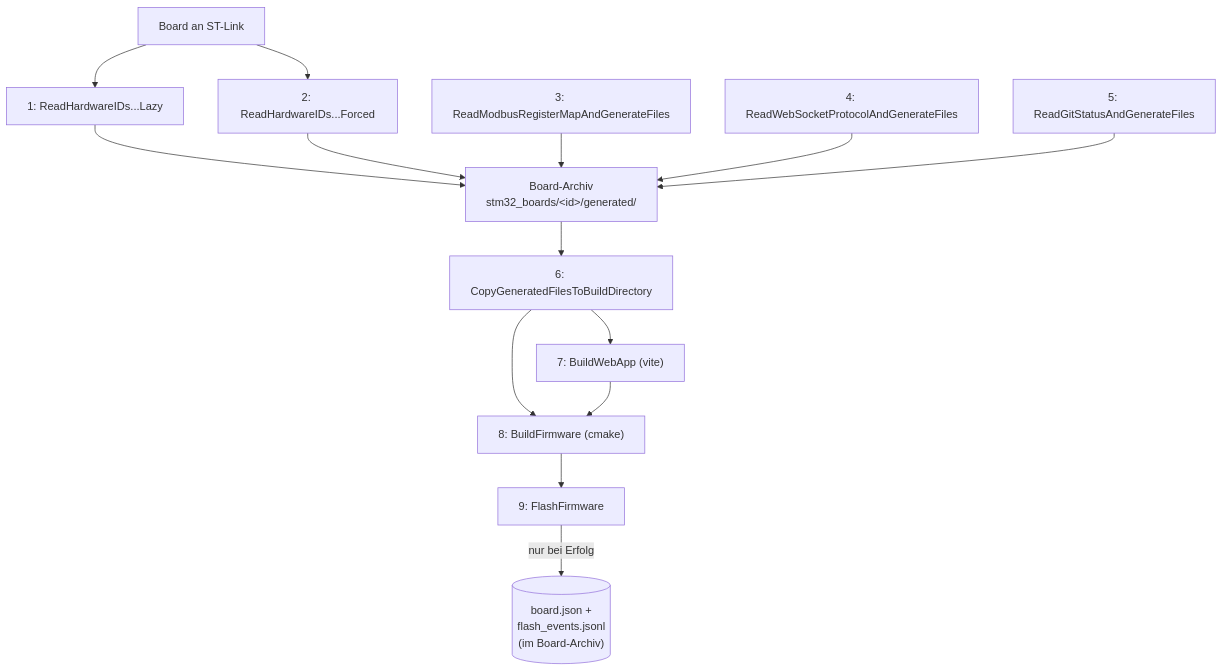
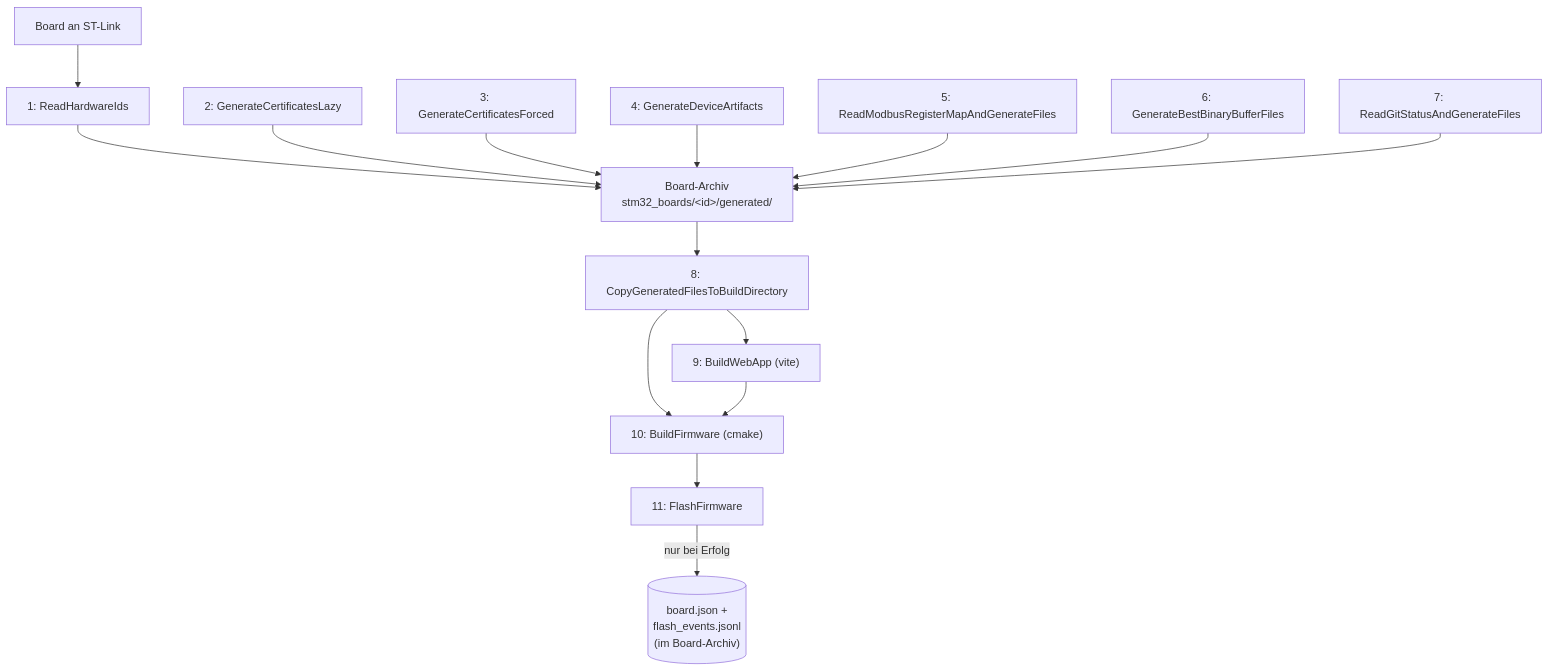
One commit to klaus-liebler/factory_in_a_box changed the diagram in firmware_factory_control_unit/docs/build-process.md. Above: the diagram before and after it, drawn with Mermaid. The commit also changed other lines of this file and 33 other files, not shown here.

````diff
--- a/firmware_factory_control_unit/docs/build-process.md
+++ b/firmware_factory_control_unit/docs/build-process.md
@@ -84,29 +88,32 @@
 ```mermaid
 flowchart TD
     HW["Board an ST-Link"]
-    L1["1: ReadHardwareIDs...Lazy"]
-    L2["2: ReadHardwareIDs...Forced"]
-    RM["3: ReadModbusRegisterMapAndGenerateFiles"]
-    WSP["4: ReadWebSocketProtocolAndGenerateFiles"]
-    GS["5: ReadGitStatusAndGenerateFiles"]
+    HWID["1: ReadHardwareIds"]
+    CERTL["2: GenerateCertificatesLazy"]
+    CERTF["3: GenerateCertificatesForced"]
+    ART["4: GenerateDeviceArtifacts"]
+    RM["5: ReadModbusRegisterMapAndGenerateFiles"]
+    WSP["6: GenerateBestBinaryBufferFiles"]
+    GS["7: ReadGitStatusAndGenerateFiles"]
     ARCHIVE["Board-Archiv\nstm32_boards/&lt;id&gt;/generated/"]
-    COPY["6: CopyGeneratedFilesToBuildDirectory"]
-    WEB["7: BuildWebApp (vite)"]
-    FW["8: BuildFirmware (cmake)"]
-    FLASH["9: FlashFirmware"]
+    COPY["8: CopyGeneratedFilesToBuildDirectory"]
+    WEB["9: BuildWebApp (vite)"]
+    FW["10: BuildFirmware (cmake)"]
+    FLASH["11: FlashFirmware"]
     BOARDJSON[("board.json +\nflash_events.jsonl\n(im Board-Archiv)")]
 
-    HW --> L1
-    HW --> L2
-    L1 --> ARCHIVE
-    L2 --> ARCHIVE
+    HW --> HWID
+    HWID --> ARCHIVE
+    CERTL --> ARCHIVE
+    CERTF --> ARCHIVE
+    ART --> ARCHIVE
     RM --> ARCHIVE
     WSP --> ARCHIVE
     GS --> ARCHIVE
     ARCHIVE --> COPY
     COPY --> WEB
     COPY --> FW
     WEB --> FW
     FW --> FLASH
     FLASH -->|"nur bei Erfolg"| BOARDJSON
 ```
````
